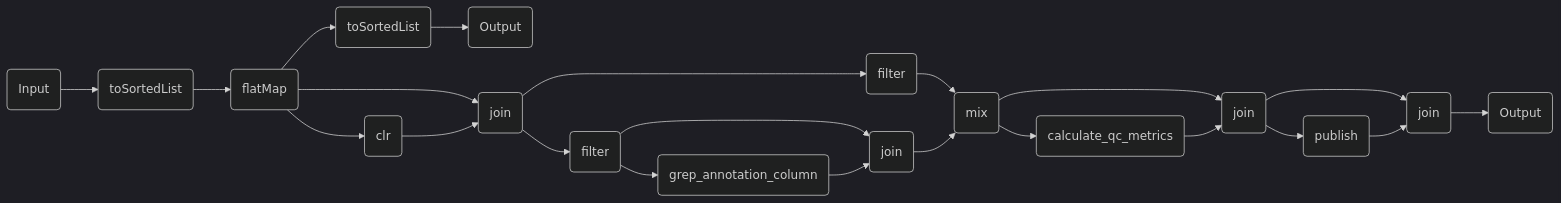
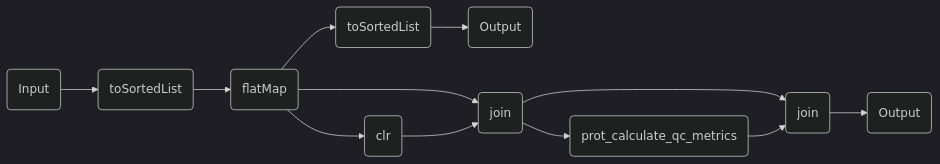
Before and after one commit to openpipelines-bio/website: the diagram in components/workflows/multiomics/prot_multisample.qmd, drawn with Mermaid (dark theme). The commit also changed other lines of this file and 92 other files, not shown here.

````diff
--- a/components/workflows/multiomics/prot_multisample.qmd
+++ b/components/workflows/multiomics/prot_multisample.qmd
@@ -103,43 +101,26 @@
 ```{mermaid}
 %%| column: screen-inset-shaded
 flowchart LR
     v0(Input)
     v3(toSortedList)
     v5(flatMap)
-    v6(toSortedList)
-    v8(Output)
-    v14(clr)
-    v16(join)
-    v22(filter)
-    v28(grep_annotation_column)
-    v30(join)
-    v34(mix)
-    v33(filter)
-    v40(calculate_qc_metrics)
-    v42(join)
-    v50(publish)
-    v52(join)
-    v58(Output)
-    v5-->v6
-    v33-->v34
+    v7(toSortedList)
+    v9(Output)
+    v15(clr)
+    v17(join)
+    v25(prot_calculate_qc_metrics)
+    v27(join)
+    v34(Output)
     v0-->v3
     v3-->v5
-    v6-->v8
-    v5-->v16
-    v5-->v14
-    v14-->v16
-    v16-->v22
-    v16-->v33
-    v22-->v30
-    v22-->v28
-    v28-->v30
-    v30-->v34
-    v34-->v42
-    v34-->v40
-    v40-->v42
-    v42-->v52
-    v42-->v50
-    v50-->v52
-    v52-->v58
+    v5-->v7
+    v7-->v9
+    v5-->v17
+    v5-->v15
+    v15-->v17
+    v17-->v27
+    v17-->v25
+    v25-->v27
+    v27-->v34
 
 ```
````
